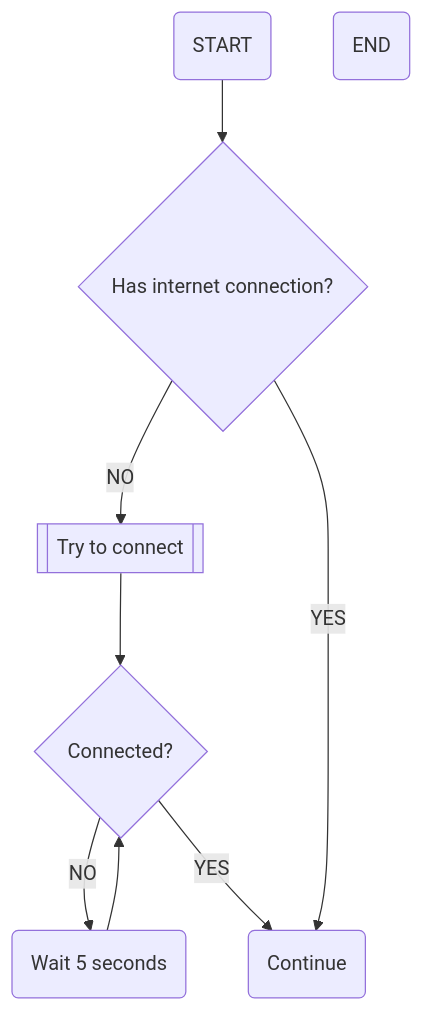
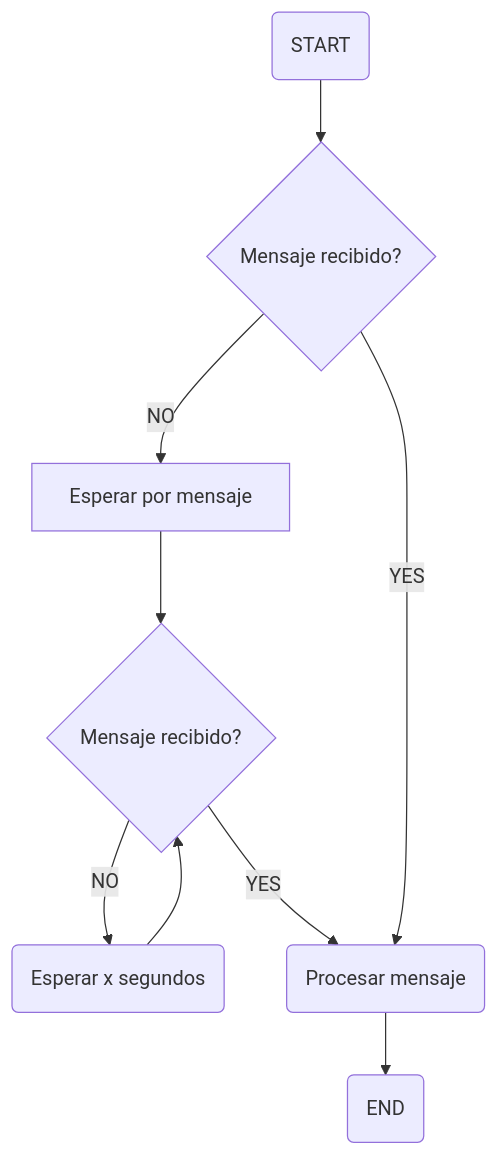
The fifth of 5 diagrams in design/LLD.md (ripterdust/anon_chat), drawn with Mermaid before and after one commit.

Commit message:
ADD: Improve message receiving diagram

````diff
--- a/design/LLD.md
+++ b/design/LLD.md
@@ -108,19 +108,22 @@
 ```mermaid
 flowchart
 A("START")
 Z("END")
 
-A --> B{"Has internet connection?"}
+A --> B{"Mensaje recibido?"}
 
-%% No internet connection case
-B --> |NO| C[["Try to connect"]]
-C --> D{"Connected?"}
-D --> |NO| E(Wait 5 seconds)
+%% Mensaje no recibido
+B --> |NO| C["Esperar por mensaje"]
+C --> D{"Mensaje recibido?"}
+D --> |NO| E(Esperar x segundos)
 E --> D
-D --> |YES| e("Continue")
+D --> |YES| e("Procesar mensaje")
 
 
-%% Internet Connection Case
+%% Mensaje recibido
 B --> |YES| e
 
+e --> Z
+
+
 ```
````
